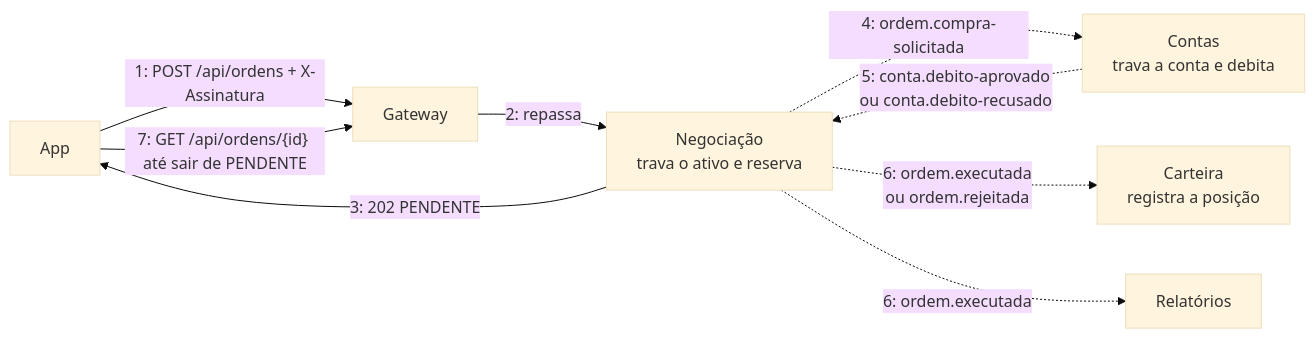
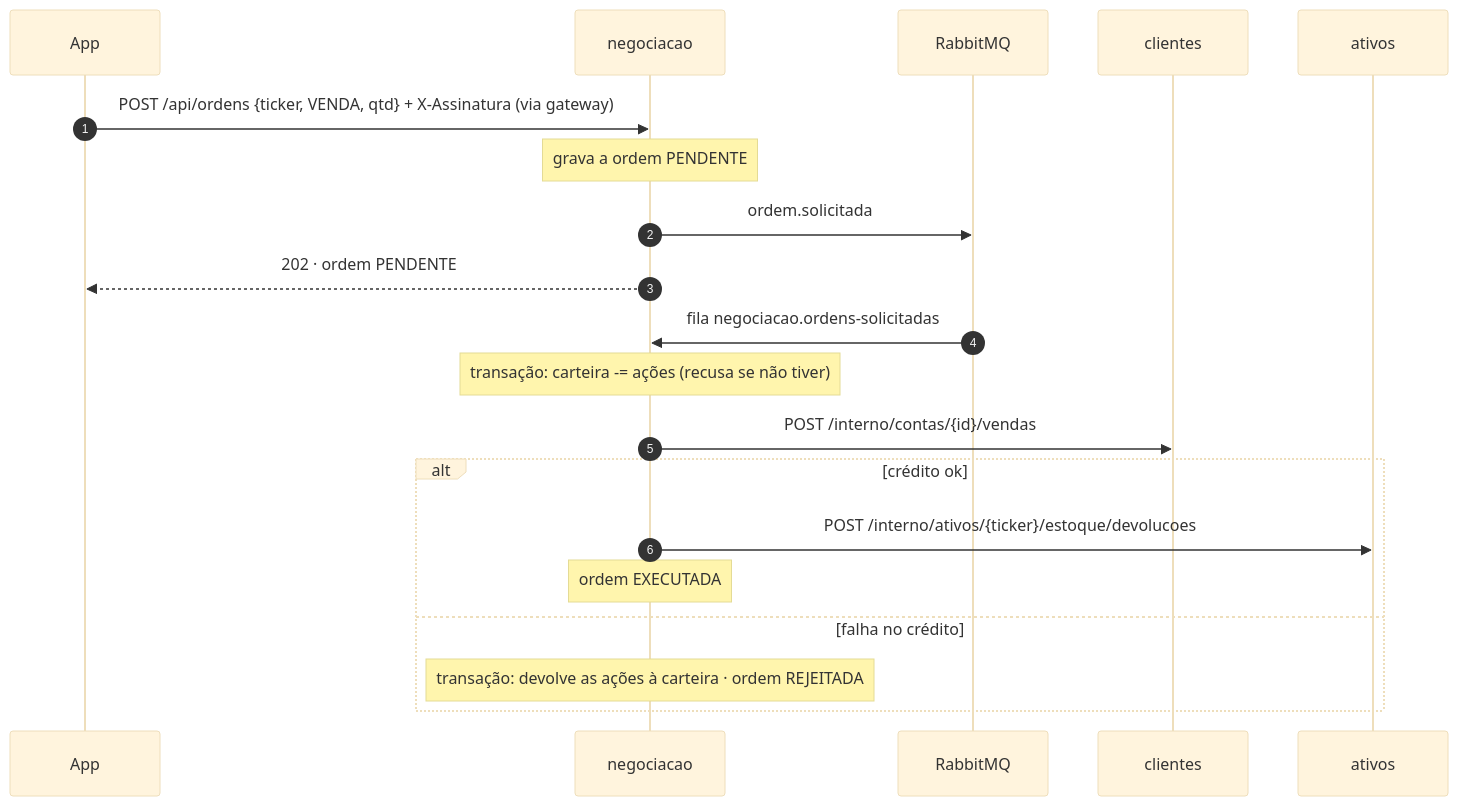
The sixth of 7 diagrams in docs/comunicacao.md (Endrigogustavo/OrbitaPay), drawn with Mermaid (base theme) before and after one commit. The commit also changed other lines of this file and 788 other files, not shown here.

First line of the commit message:
refactor(backend): rewrite as 6 clean-architecture microservices

````diff
--- a/docs/comunicacao.md
+++ b/docs/comunicacao.md
@@ -146,11 +115,22 @@
 ```mermaid
-flowchart LR
-    APP["App"] -->|"1: POST /api/ordens + X-Assinatura"| GW["Gateway"]
-    GW -->|"2: repassa"| NEG["Negociação<br/>trava o ativo e reserva"]
-    NEG -->|"3: 202 PENDENTE"| APP
-    NEG -.->|"4: ordem.compra-solicitada"| CON["Contas<br/>trava a conta e debita"]
-    CON -.->|"5: conta.debito-aprovado<br/>ou conta.debito-recusado"| NEG
-    NEG -.->|"6: ordem.executada<br/>ou ordem.rejeitada"| CAR["Carteira<br/>registra a posição"]
-    NEG -.->|"6: ordem.executada"| REL["Relatórios"]
-    APP -->|"7: GET /api/ordens/{id} até sair de PENDENTE"| GW
+sequenceDiagram
+    autonumber
+    participant APP as App
+    participant NEG as negociacao
+    participant MQ as RabbitMQ
+    participant CLI as clientes
+    participant ATV as ativos
+    APP->>NEG: POST /api/ordens {ticker, VENDA, qtd} + X-Assinatura (via gateway)
+    Note over NEG: grava a ordem PENDENTE
+    NEG->>MQ: ordem.solicitada
+    NEG-->>APP: 202 · ordem PENDENTE
+    MQ->>NEG: fila negociacao.ordens-solicitadas
+    Note over NEG: transação: carteira -= ações (recusa se não tiver)
+    NEG->>CLI: POST /interno/contas/{id}/vendas
+    alt crédito ok
+        NEG->>ATV: POST /interno/ativos/{ticker}/estoque/devolucoes
+        Note over NEG: ordem EXECUTADA
+    else falha no crédito
+        Note over NEG: transação: devolve as ações à carteira · ordem REJEITADA
+    end
 ```
````
